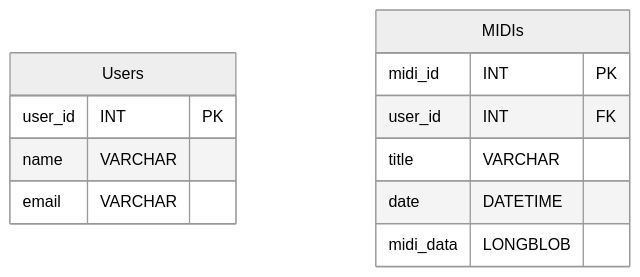
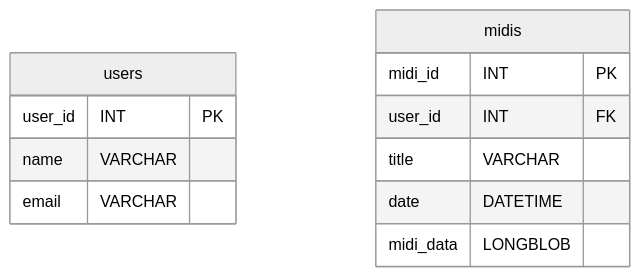
Before and after one commit to bengoh815/cs506-project: the second of 6 diagrams in README.md, drawn with Mermaid (neutral theme). The commit also changed 4 other files, not shown here.

Commit message:
changed database schema and implementation

````diff
--- a/README.md
+++ b/README.md
@@ -113,17 +113,17 @@
 ```mermaid
 erDiagram
-    Users {
+    users {
         user_id INT PK
         name VARCHAR
         email VARCHAR
     }
 
-    MIDIs {
+    midis {
         midi_id INT PK
         user_id INT FK
         title VARCHAR
         date DATETIME
         midi_data LONGBLOB
     }
 
 ```
````
